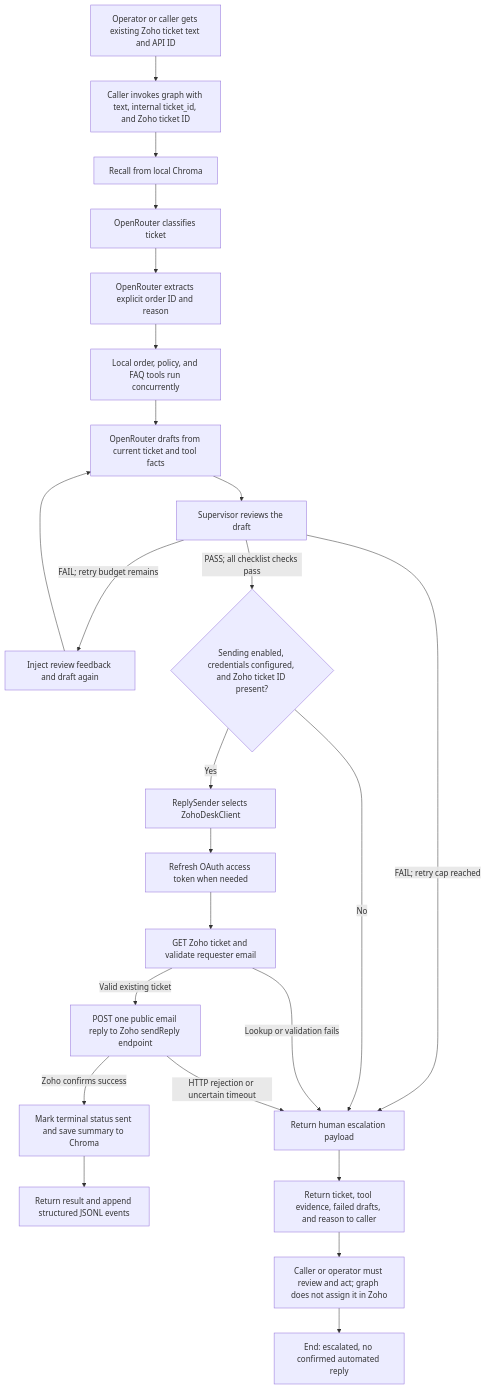
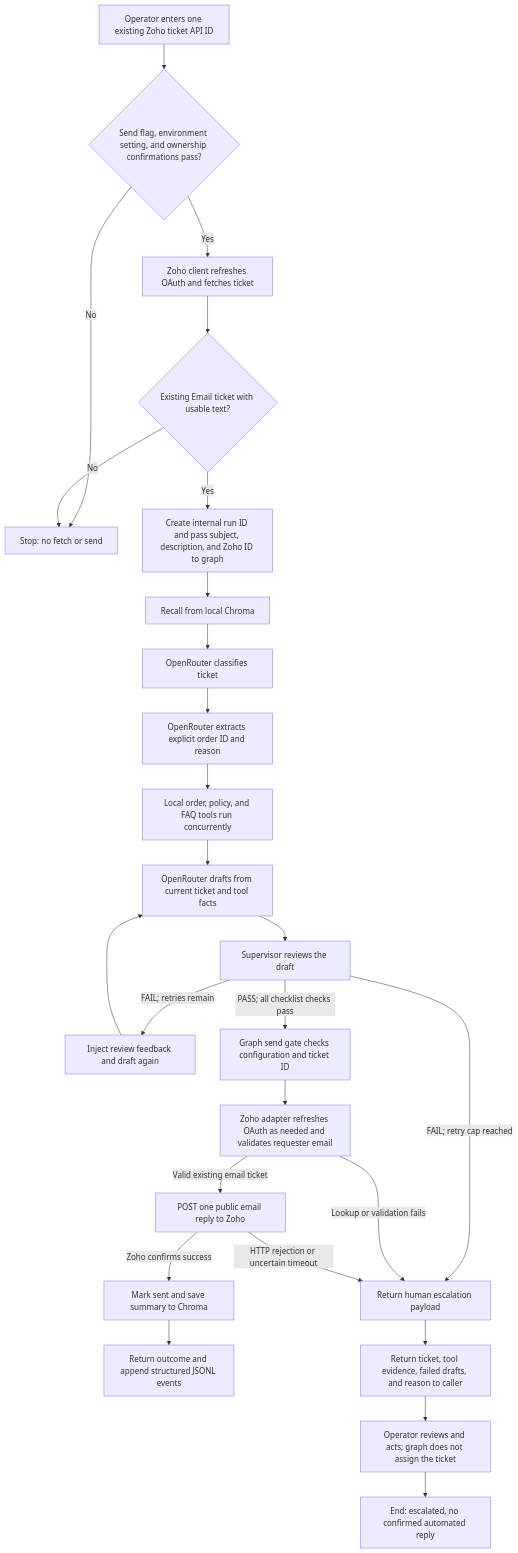
One commit to brajeshkumar7/Customer-support-ticket-triage-and-draft-response-agent changed the second of 3 diagrams in flow.md. Above: the diagram before and after it, drawn with Mermaid. The commit also changed other lines of this file and 12 other files, not shown here.

First line of the commit message:
feat: add single-ticket synthetic and Zoho workflows

````diff
--- a/flow.md
+++ b/flow.md
@@ -140,26 +157,28 @@
 ```mermaid
 flowchart TD
-    A[Operator or caller gets existing Zoho ticket text and API ID] --> B[Caller invokes graph with text, internal ticket_id, and Zoho ticket ID]
-    B --> C[Recall from local Chroma]
-    C --> D[OpenRouter classifies ticket]
-    D --> E[OpenRouter extracts explicit order ID and reason]
-    E --> F[Local order, policy, and FAQ tools run concurrently]
-    F --> G[OpenRouter drafts from current ticket and tool facts]
-    G --> H[Supervisor reviews the draft]
-    H -->|FAIL; retry budget remains| I[Inject review feedback and draft again]
-    I --> G
-    H -->|FAIL; retry cap reached| X[Return human escalation payload]
-    H -->|PASS; all checklist checks pass| J{Sending enabled, credentials configured, and Zoho ticket ID present?}
-    J -->|No| X
-    J -->|Yes| K[ReplySender selects ZohoDeskClient]
-    K --> L[Refresh OAuth access token when needed]
-    L --> M[GET Zoho ticket and validate requester email]
-    M -->|Lookup or validation fails| X
-    M -->|Valid existing ticket| N[POST one public email reply to Zoho sendReply endpoint]
-    N -->|Zoho confirms success| O[Mark terminal status sent and save summary to Chroma]
-    O --> P[Return result and append structured JSONL events]
-    N -->|HTTP rejection or uncertain timeout| X
-    X --> Q[Return ticket, tool evidence, failed drafts, and reason to caller]
-    Q --> R[Caller or operator must review and act; graph does not assign it in Zoho]
+    A[Operator enters one existing Zoho ticket API ID] --> B{Send flag, environment setting, and ownership confirmations pass?}
+    B -->|No| Z[Stop: no fetch or send]
+    B -->|Yes| C[Zoho client refreshes OAuth and fetches ticket]
+    C --> D{Existing Email ticket with usable text?}
+    D -->|No| Z
+    D -->|Yes| E[Create internal run ID and pass subject, description, and Zoho ID to graph]
+    E --> F[Recall from local Chroma]
+    F --> G[OpenRouter classifies ticket]
+    G --> H[OpenRouter extracts explicit order ID and reason]
+    H --> I[Local order, policy, and FAQ tools run concurrently]
+    I --> J[OpenRouter drafts from current ticket and tool facts]
+    J --> K[Supervisor reviews the draft]
+    K -->|FAIL; retries remain| L[Inject review feedback and draft again]
+    L --> J
+    K -->|FAIL; retry cap reached| X[Return human escalation payload]
+    K -->|PASS; all checklist checks pass| M[Graph send gate checks configuration and ticket ID]
+    M --> N[Zoho adapter refreshes OAuth as needed and validates requester email]
+    N -->|Lookup or validation fails| X
+    N -->|Valid existing email ticket| O[POST one public email reply to Zoho]
+    O -->|Zoho confirms success| P[Mark sent and save summary to Chroma]
+    P --> Q[Return outcome and append structured JSONL events]
+    O -->|HTTP rejection or uncertain timeout| X
+    X --> Y[Return ticket, tool evidence, failed drafts, and reason to caller]
+    Y --> R[Operator reviews and acts; graph does not assign the ticket]
     R --> S[End: escalated, no confirmed automated reply]
 ```
````
